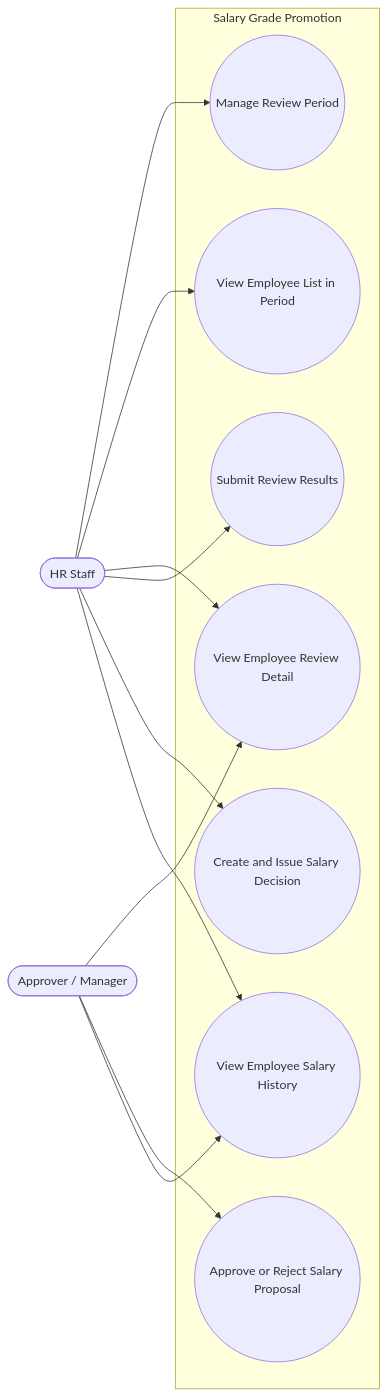
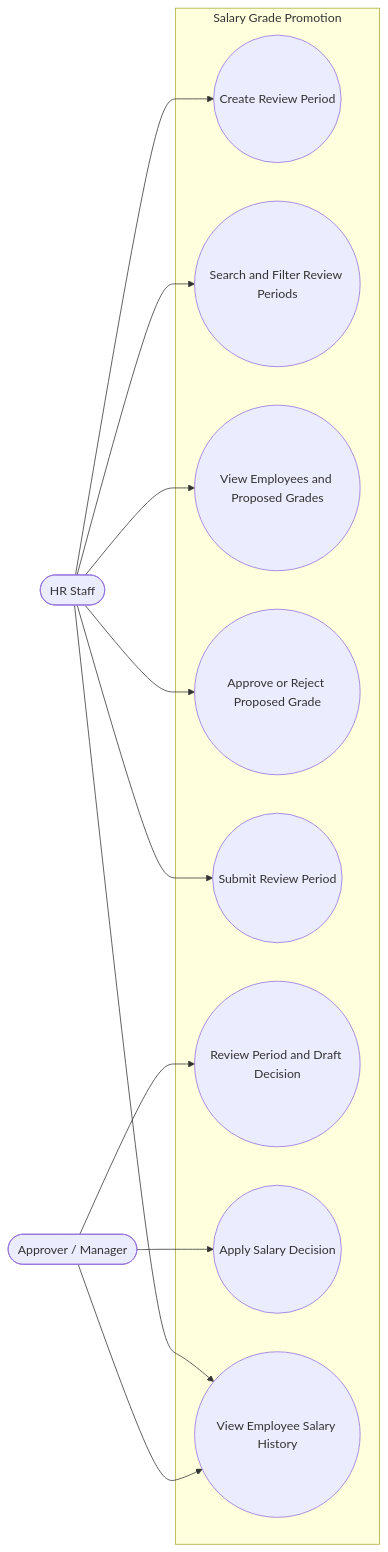
Before and after one commit to sang2197/QuanLyNhanSu-NguyenVanSang: the diagram in Docs/UseCase_SalaryGradePromotion.md, drawn with Mermaid. The commit also changed other lines of this file and 2 other files, not shown here.

Commit message:
Thêm User Stories và cập nhật Use Case diagram cho đúng luồng nghiệp vụ mới

````diff
--- a/Docs/UseCase_SalaryGradePromotion.md
+++ b/Docs/UseCase_SalaryGradePromotion.md
@@ -12,25 +12,26 @@
 ```mermaid
 flowchart LR
     HR([HR Staff])
     APR([Approver / Manager])
 
     subgraph System["Salary Grade Promotion"]
-        UC1((Manage Review Period))
-        UC2((View Employee List in Period))
-        UC3((View Employee Review Detail))
-        UC4((Approve or Reject Salary Proposal))
-        UC5((Submit Review Results))
-        UC6((Create and Issue Salary Decision))
-        UC7((View Employee Salary History))
+        UC1((Create Review Period))
+        UC2((Search and Filter Review Periods))
+        UC3((View Employees and Proposed Grades))
+        UC4((Approve or Reject Proposed Grade))
+        UC5((Submit Review Period))
+        UC6((Review Period and Draft Decision))
+        UC7((Apply Salary Decision))
+        UC8((View Employee Salary History))
     end
 
     HR --> UC1
     HR --> UC2
     HR --> UC3
+    HR --> UC4
     HR --> UC5
-    HR --> UC6
-    HR --> UC7
-    APR --> UC3
-    APR --> UC4
+    HR --> UC8
+    APR --> UC6
     APR --> UC7
+    APR --> UC8
 ```
````
